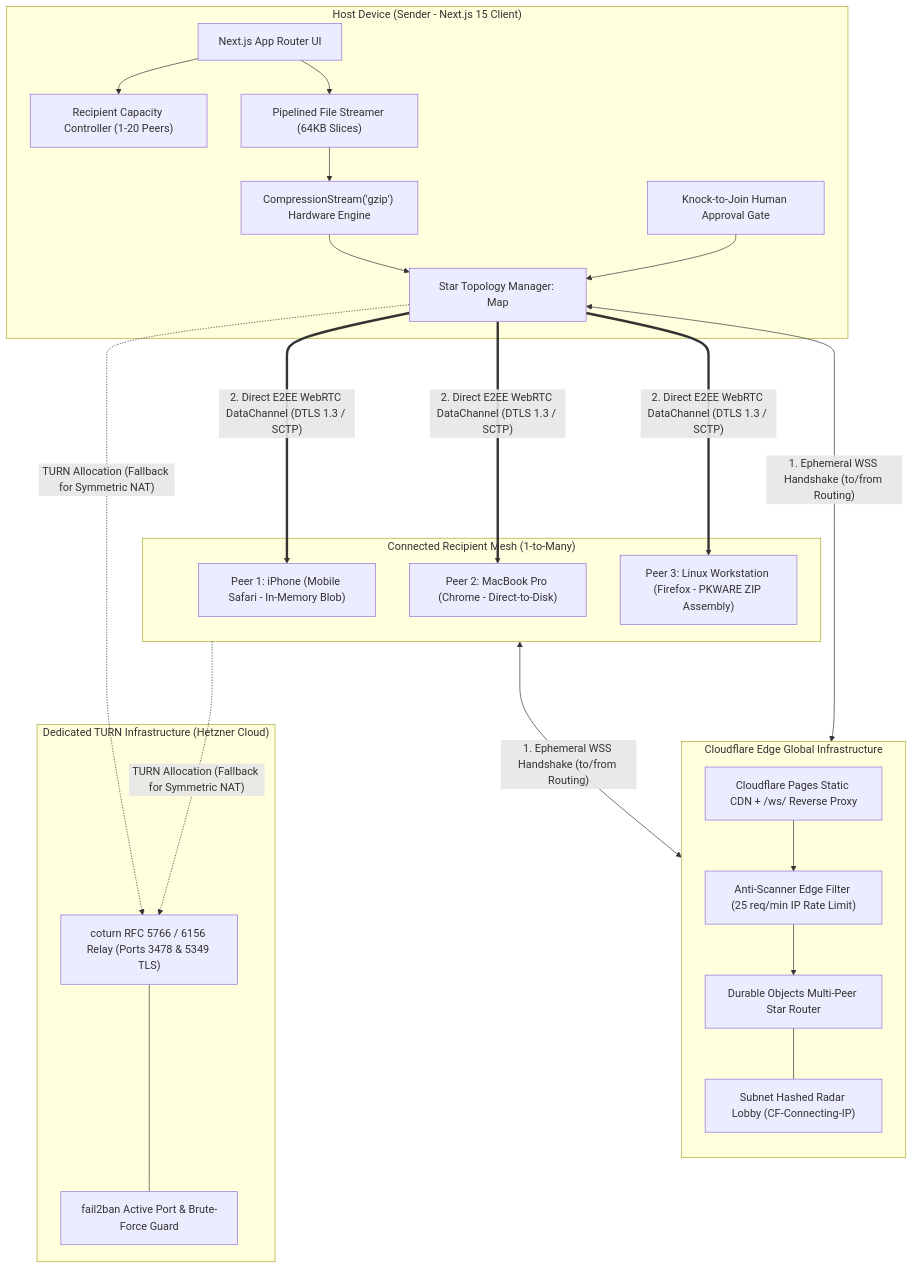
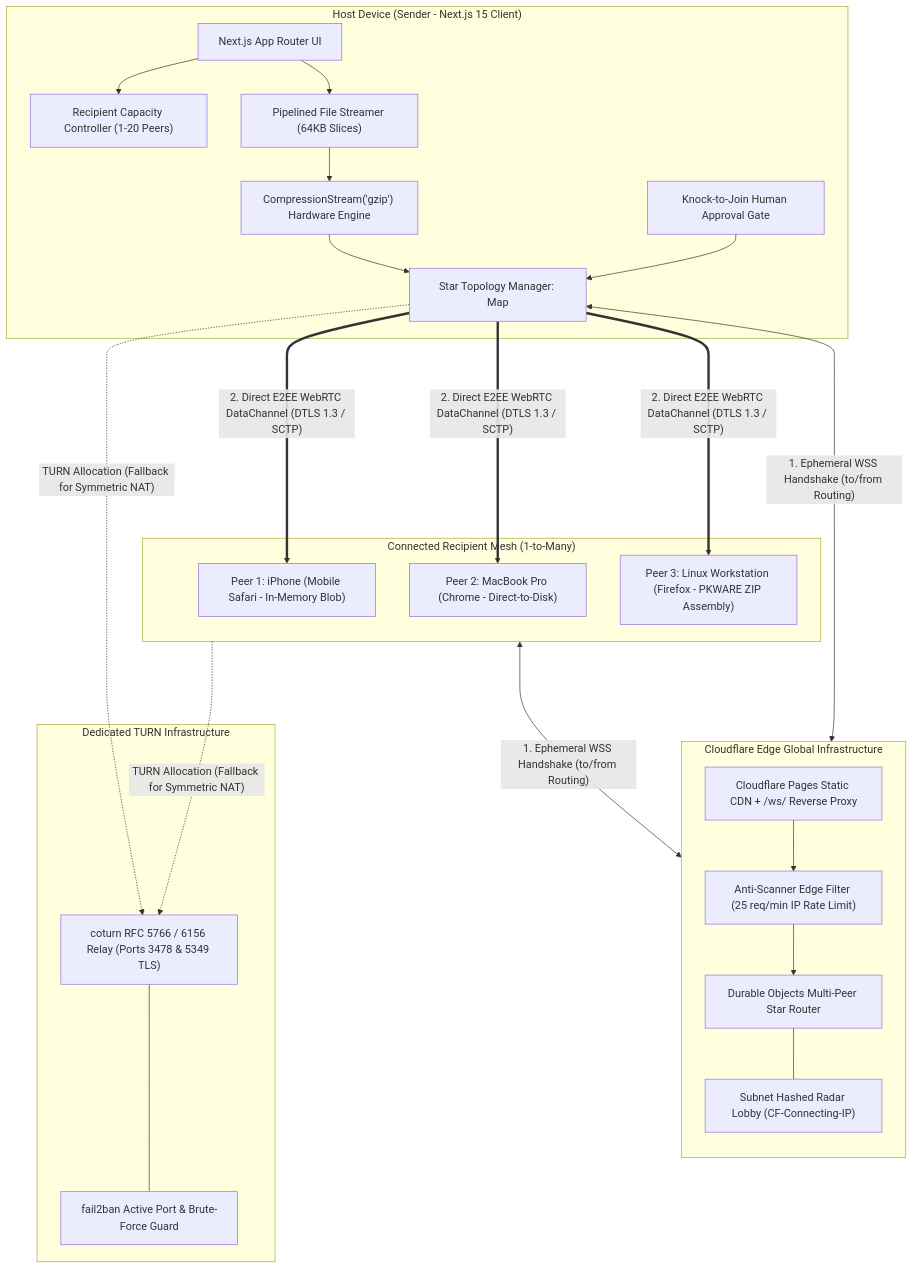
The diagram in docs/ARCHITECTURE.md (AhmedKhalid0/peerwarp), drawn with Mermaid before and after one commit. The commit also changed other lines of this file and 3 other files, not shown here.

Commit message:
docs: anonymize dedicated relay infrastructure and remove provider-specific references

````diff
--- a/docs/ARCHITECTURE.md
+++ b/docs/ARCHITECTURE.md
@@ -9,51 +9,51 @@
 ```mermaid
 flowchart TB
     subgraph SENDER ["Host Device (Sender - Next.js 15 Client)"]
         UI_A["Next.js App Router UI"]
         CapControl["Recipient Capacity Controller (1-20 Peers)"]
         StreamPipeline["Pipelined File Streamer (64KB Slices)"]
         GzipEngine["CompressionStream('gzip') Hardware Engine"]
         KnockAuth["Knock-to-Join Human Approval Gate"]
         StarManager["Star Topology Manager: Map<peerId, RTCPeerConnection>"]
 
         UI_A --> CapControl
         UI_A --> StreamPipeline
         StreamPipeline --> GzipEngine
         GzipEngine --> StarManager
         KnockAuth --> StarManager
     end
 
     subgraph CLOUDFLARE ["Cloudflare Edge Global Infrastructure"]
         direction TB
         DO_Hub["Durable Objects Multi-Peer Star Router"]
         RateFilter["Anti-Scanner Edge Filter (25 req/min IP Rate Limit)"]
         RadarLobby["Subnet Hashed Radar Lobby (CF-Connecting-IP)"]
         PagesProxy["Cloudflare Pages Static CDN + /ws/ Reverse Proxy"]
         
         PagesProxy --> RateFilter
         RateFilter --> DO_Hub
         DO_Hub --- RadarLobby
     end
 
-    subgraph HETZNER ["Dedicated TURN Infrastructure (Hetzner Cloud)"]
+    subgraph RELAY ["Dedicated TURN Infrastructure"]
         COTURN["coturn RFC 5766 / 6156 Relay (Ports 3478 & 5349 TLS)"]
         SecurityDaemon["fail2ban Active Port & Brute-Force Guard"]
         COTURN --- SecurityDaemon
     end
 
     subgraph PEERS ["Connected Recipient Mesh (1-to-Many)"]
         Peer1["Peer 1: iPhone (Mobile Safari - In-Memory Blob)"]
         Peer2["Peer 2: MacBook Pro (Chrome - Direct-to-Disk)"]
         Peer3["Peer 3: Linux Workstation (Firefox - PKWARE ZIP Assembly)"]
     end
 
     StarManager <-->|"1. Ephemeral WSS Handshake (to/from Routing)"| DO_Hub
     PEERS <-->|"1. Ephemeral WSS Handshake (to/from Routing)"| DO_Hub
 
     StarManager -.->|"TURN Allocation (Fallback for Symmetric NAT)"| COTURN
     PEERS -.->|"TURN Allocation (Fallback for Symmetric NAT)"| COTURN
 
     StarManager ====>|"2. Direct E2EE WebRTC DataChannel (DTLS 1.3 / SCTP)"| Peer1
     StarManager ====>|"2. Direct E2EE WebRTC DataChannel (DTLS 1.3 / SCTP)"| Peer2
     StarManager ====>|"2. Direct E2EE WebRTC DataChannel (DTLS 1.3 / SCTP)"| Peer3
 ```
````
